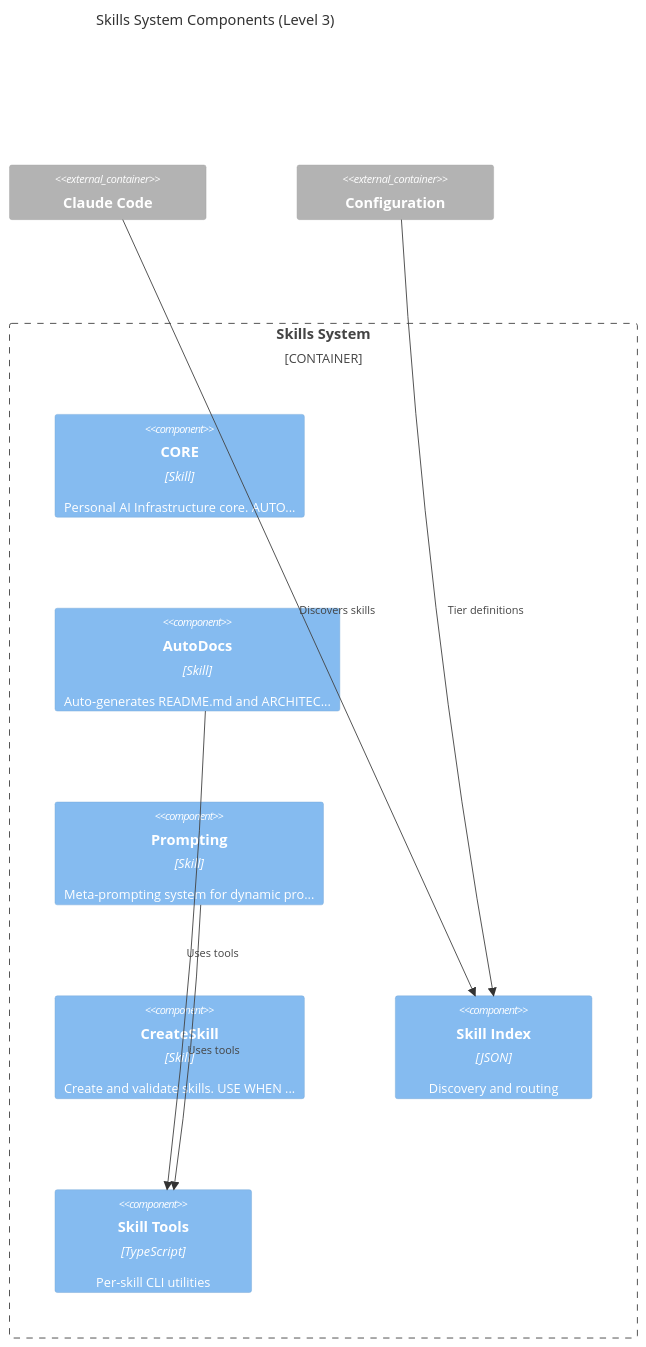
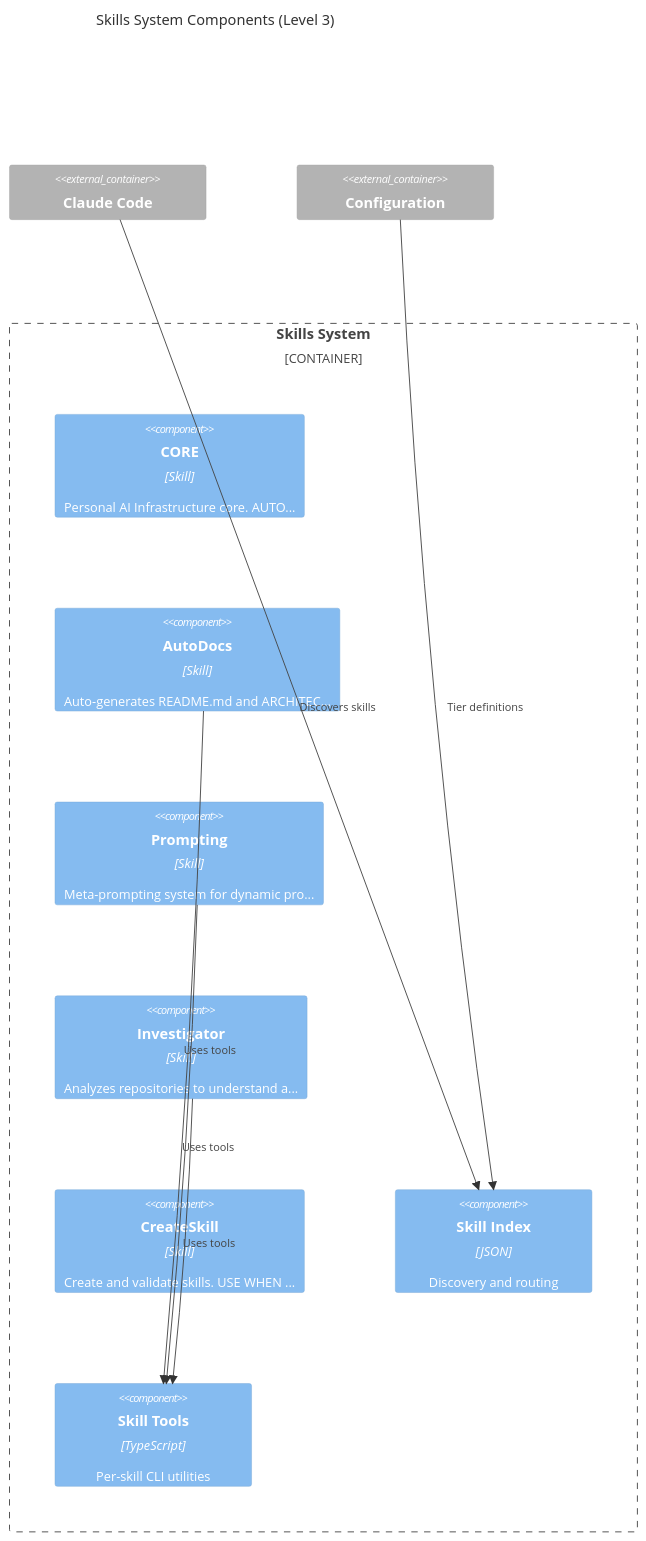
The third of 5 diagrams in docs/ARCHITECTURE.md (haigneyc/pai), drawn with Mermaid before and after one commit. The commit also changed other lines of this file and 11 other files, not shown here.

First line of the commit message:
Add Investigator skill for repository analysis

````diff
--- a/docs/ARCHITECTURE.md
+++ b/docs/ARCHITECTURE.md
@@ -110,21 +110,23 @@
 ```mermaid
 C4Component
     title Skills System Components (Level 3)
 
     Container_Boundary(skills, "Skills System") {
         Component(skill_core, "CORE", "Skill", "Personal AI Infrastructure core. AUTO...")
         Component(skill_autodocs, "AutoDocs", "Skill", "Auto-generates README.md and ARCHITEC...")
         Component(skill_prompting, "Prompting", "Skill", "Meta-prompting system for dynamic pro...")
+        Component(skill_investigator, "Investigator", "Skill", "Analyzes repositories to understand a...")
         Component(skill_createskill, "CreateSkill", "Skill", "Create and validate skills. USE WHEN ...")
         Component(skill_index, "Skill Index", "JSON", "Discovery and routing")
         Component(skill_tools, "Skill Tools", "TypeScript", "Per-skill CLI utilities")
     }
 
     Container_Ext(claude, "Claude Code")
     Container_Ext(config, "Configuration")
 
     Rel(claude, skill_index, "Discovers skills")
     Rel(skill_autodocs, skill_tools, "Uses tools")
     Rel(skill_prompting, skill_tools, "Uses tools")
+    Rel(skill_investigator, skill_tools, "Uses tools")
     Rel(config, skill_index, "Tier definitions")
 ```
````
